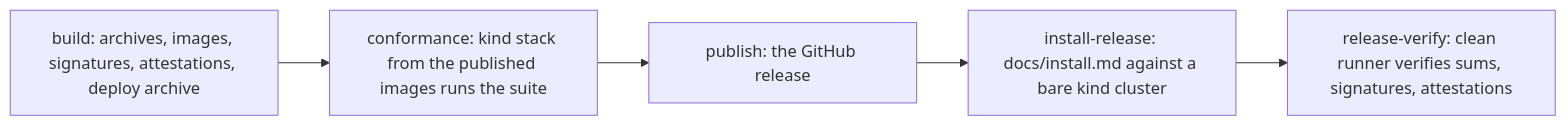
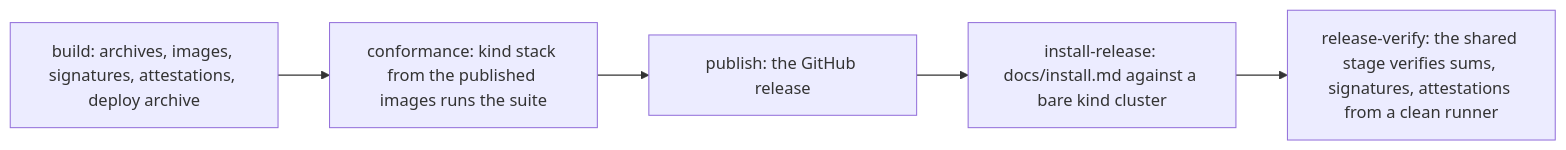
One commit to latere-ai/cella changed the diagram in specs/014-release-and-installation.md. Above: the diagram before and after it, drawn with Mermaid. The commit also changed other lines of this file and 9 other files, not shown here.

Commit message:
release: build, sign and publish through latere-ai/ci's shared stages

````diff
--- a/specs/014-release-and-installation.md
+++ b/specs/014-release-and-installation.md
@@ -90,9 +102,9 @@
 ```mermaid
 flowchart LR
   build[build: archives, images, signatures, attestations, deploy archive]
   conformance[conformance: kind stack from the published images runs the suite]
   publish[publish: the GitHub release]
   install_release[install-release: docs/install.md against a bare kind cluster]
-  release_verify[release-verify: clean runner verifies sums, signatures, attestations]
+  release_verify[release-verify: the shared stage verifies sums, signatures, attestations from a clean runner]
   build --> conformance --> publish --> install_release --> release_verify
 ```
````
